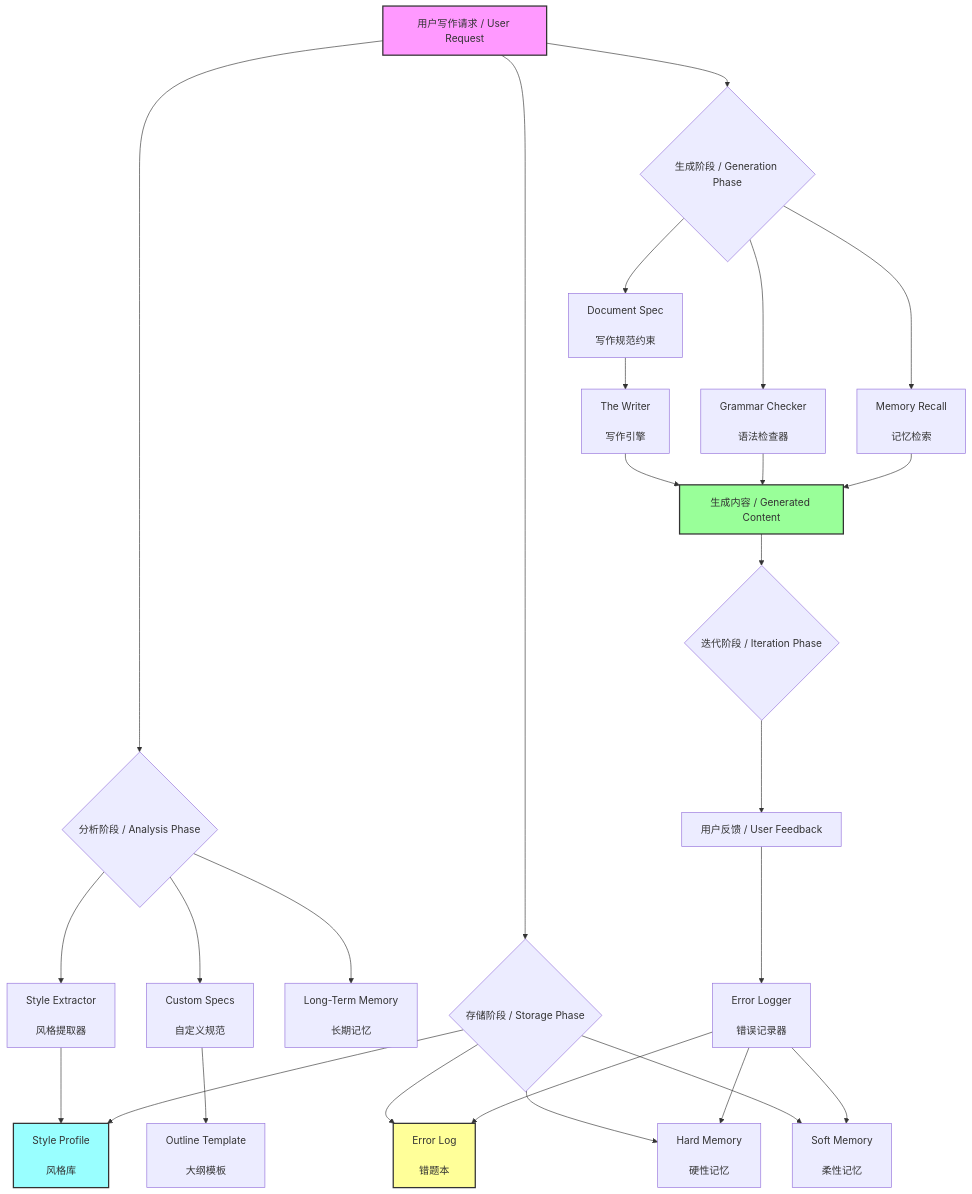
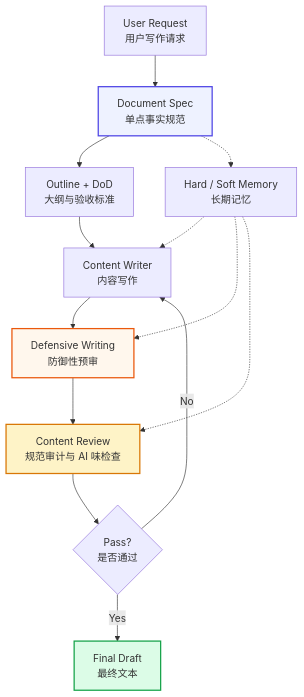
The first of 2 diagrams in README.md (donghuixin/AI-Vibe-Writing-Skills), drawn with Mermaid before and after one commit. The commit also changed other lines of this file and 13 other files, not shown here.

Commit message:
docs: add defensive writing module

````diff
--- a/README.md
+++ b/README.md
@@ -338,51 +82,21 @@
 ```mermaid
-graph TD
-    A[用户写作请求 / User Request] --> B{分析阶段 / Analysis Phase}
-    B --> C[Style Extractor
-    <br />风格提取器]
-    B --> D[Custom Specs
-    <br />自定义规范]
-    B --> P[Long-Term Memory
-    <br />长期记忆]
-    
-    C --> E[Style Profile
-    <br />风格库]
-    D --> F[Outline Template
-    <br />大纲模板]
-    
-    A --> G{存储阶段 / Storage Phase}
-    G --> E
-    G --> H[Error Log
-    <br />错题本]
-    G --> Q[Hard Memory
-    <br />硬性记忆]
-    G --> R[Soft Memory
-    <br />柔性记忆]
-    
-    A --> I{生成阶段 / Generation Phase}
-    I --> DS[Document Spec
-    <br />写作规范约束]
-    DS --> J[The Writer
-    <br />写作引擎]
-    I --> K[Grammar Checker
-    <br />语法检查器]
-    I --> S[Memory Recall
-    <br />记忆检索]
-    
-    J --> L[生成内容 / Generated Content]
-    K --> L
-    S --> L
-    
-    L --> M{迭代阶段 / Iteration Phase}
-    M --> N[用户反馈 / User Feedback]
-    N --> O[Error Logger
-    <br />错误记录器]
-    O --> H
-    O --> Q
-    O --> R
-    
-    style A fill:#f9f,stroke:#333,stroke-width:2px
-    style L fill:#9f9,stroke:#333,stroke-width:2px
-    style H fill:#ff9,stroke:#333,stroke-width:2px
-    style E fill:#9ff,stroke:#333,stroke-width:2px
+flowchart TD
+    A["User Request<br/>用户写作请求"] --> B["Document Spec<br/>单点事实规范"]
+    B --> C["Outline + DoD<br/>大纲与验收标准"]
+    C --> D["Content Writer<br/>内容写作"]
+    D --> E["Defensive Writing<br/>防御性预审"]
+    E --> F["Content Review<br/>规范审计与 AI 味检查"]
+    F --> G{"Pass?<br/>是否通过"}
+    G -->|Yes| H["Final Draft<br/>最终文本"]
+    G -->|No| D
+
+    B -.-> M["Hard / Soft Memory<br/>长期记忆"]
+    M -.-> D
+    M -.-> E
+    M -.-> F
+
+    style B fill:#eef2ff,stroke:#4f46e5,stroke-width:2px
+    style E fill:#fff7ed,stroke:#ea580c,stroke-width:2px
+    style F fill:#fef3c7,stroke:#d97706,stroke-width:2px
+    style H fill:#dcfce7,stroke:#16a34a,stroke-width:2px
 ```
````
